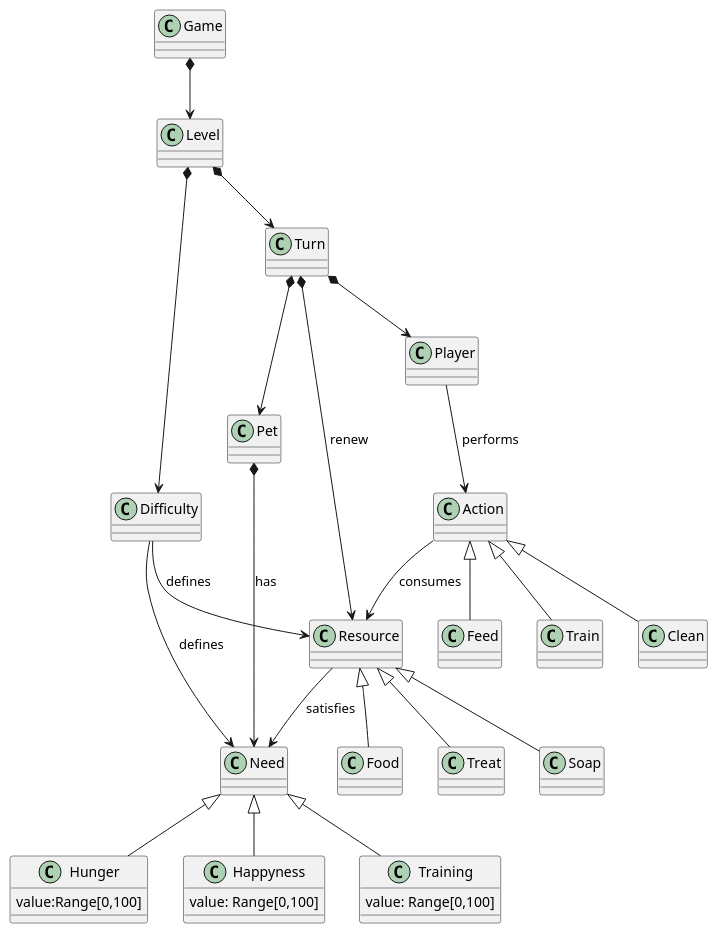
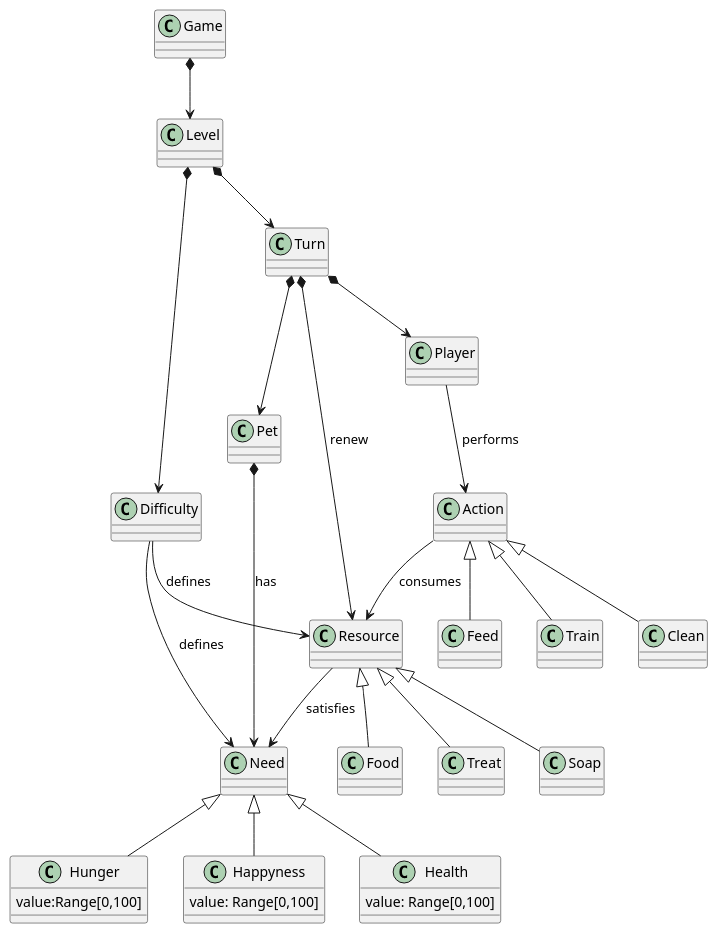
Before and after one commit to fraylopez/e-pet: the diagram in docs/src/domain-model.puml, drawn with PlantUML. The commit also changed 1 other file, not shown here.

```diff
--- a/docs/src/domain-model.puml
+++ b/docs/src/domain-model.puml
@@ -1,50 +1,50 @@
 class Pet
 
 class Hunger {
   value:Range[0,100]
 }
 class Happyness{
   value: Range[0,100]
 }
-class Training{
+class Health{
   value: Range[0,100]
 }
 
 
 
 class Turn
 class Player
 class Game
 class Resource
 
 class Food
 class Treat
 class Soap
 
 
 Hunger -up-|> Need
 Happyness -up-|> Need
-Training -up-|> Need
+Health -up-|> Need
 
 Game *--> Level
 Level *--> Turn
 Level *--> Difficulty
 Difficulty --> Need : defines
 Difficulty --> Resource : defines
 
 Turn *--> Player
 Turn *--> Pet
 Turn *--> Resource : renew
 Pet *--> Need : has
 Player --> Action : performs
 Action --> Resource : consumes
 
 Feed -up-|> Action
 Train -up-|> Action
 Clean -up-|> Action
 
 Resource --> Need : satisfies
 
 Food -up-|> Resource
 Treat -up-|> Resource
 Soap -up-|> Resource
```
